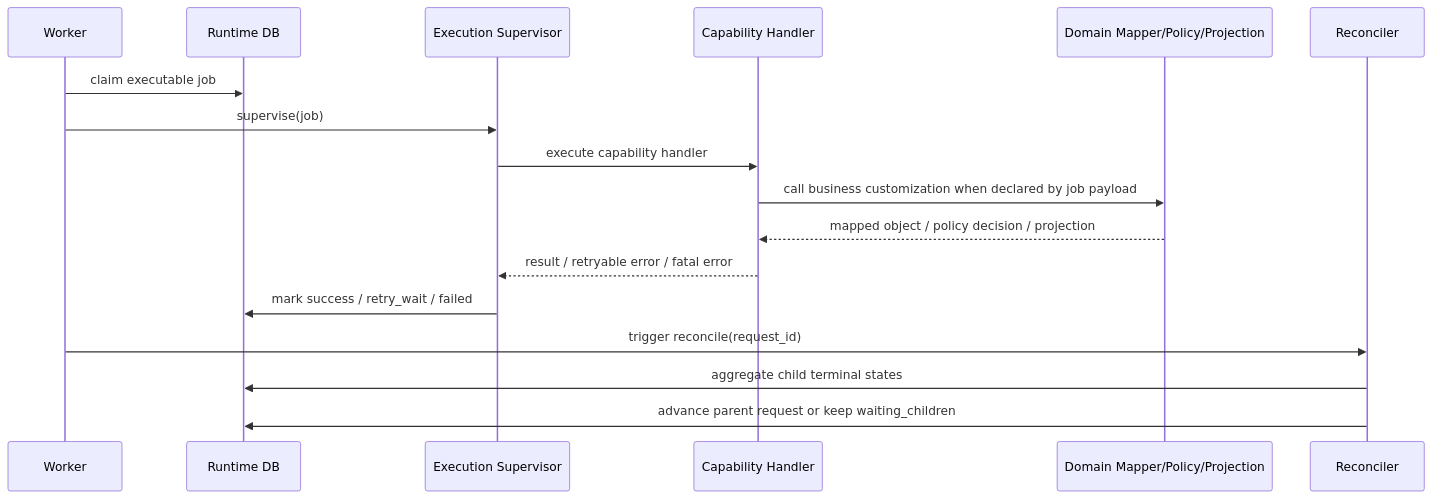
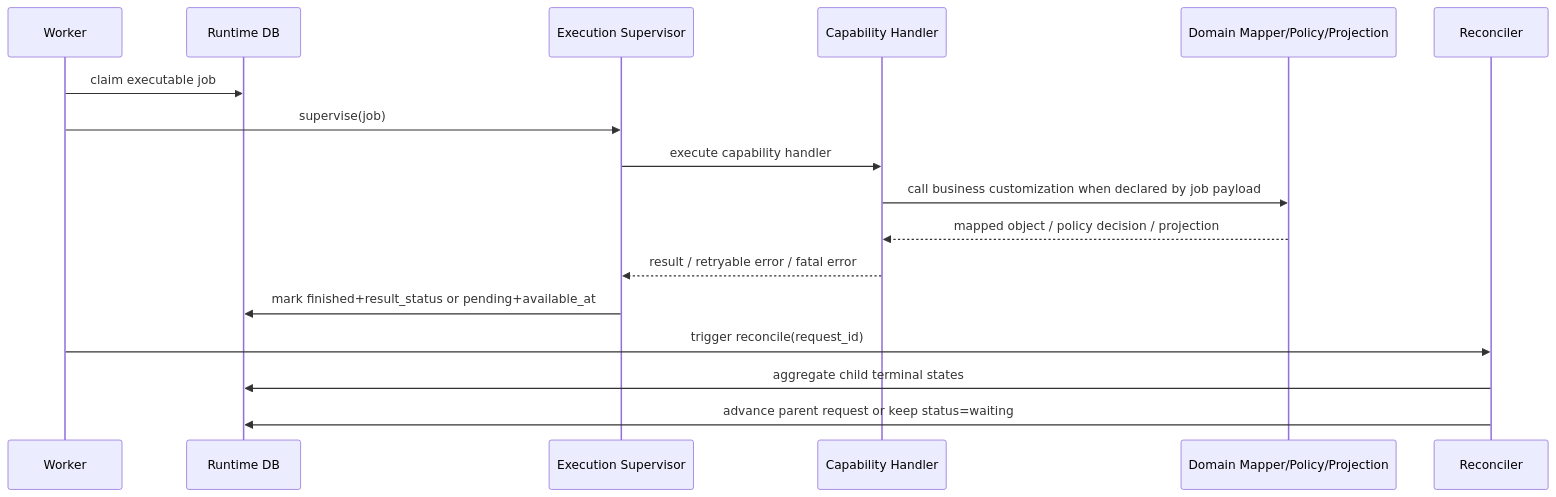
One commit to knighterrantsky/mujitask changed the fifth of 6 diagrams in docs/arch/system-architecture-design.md. Above: the diagram before and after it, drawn with Mermaid. The commit also changed other lines of this file and 89 other files, not shown here.

````diff
--- a/docs/arch/system-architecture-design.md
+++ b/docs/arch/system-architecture-design.md
@@ -378,20 +436,20 @@
 ```mermaid
 sequenceDiagram
     participant W as Worker
     participant DB as Runtime DB
     participant S as Execution Supervisor
     participant H as Capability Handler
     participant D as Domain Mapper/Policy/Projection
     participant Rec as Reconciler
 
     W->>DB: claim executable job
     W->>S: supervise(job)
     S->>H: execute capability handler
     H->>D: call business customization when declared by job payload
     D-->>H: mapped object / policy decision / projection
     H-->>S: result / retryable error / fatal error
-    S->>DB: mark success / retry_wait / failed
+    S->>DB: mark finished+result_status or pending+available_at
     W->>Rec: trigger reconcile(request_id)
     Rec->>DB: aggregate child terminal states
-    Rec->>DB: advance parent request or keep waiting_children
+    Rec->>DB: advance parent request or keep status=waiting
 ```
````
